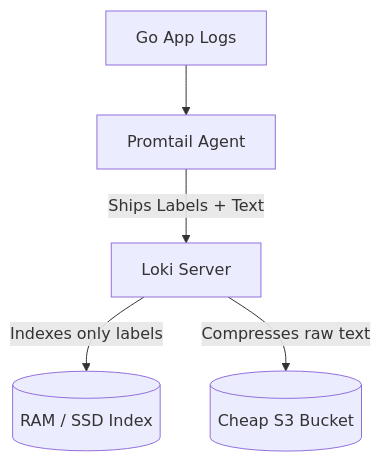
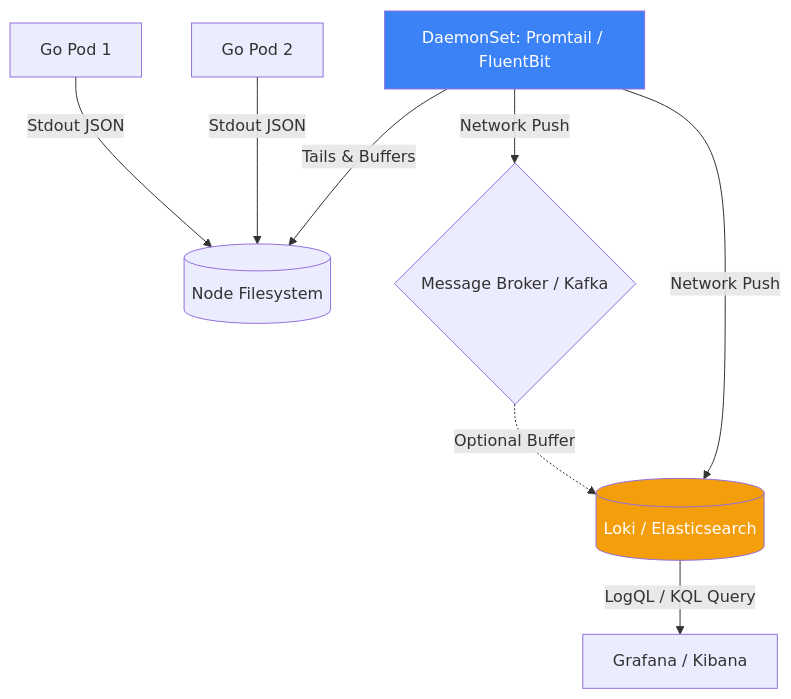
Before and after one commit to Suryavamsi53/goverseforgophers: the diagram in content/lessons/observability/007-log-analysis-pipeline.md, drawn with Mermaid. The commit also changed other lines of this file and 218 other files, not shown here.

Commit message:
feat(curriculum): complete full 108-lesson standardisation with FAANG architectural templates

````diff
--- a/content/lessons/observability/007-log-analysis-pipeline.md
+++ b/content/lessons/observability/007-log-analysis-pipeline.md
@@ -29,8 +18,17 @@
 ```mermaid
 graph TD
-    A[Go App Logs] --> B[Promtail Agent]
-    B -->|Ships Labels + Text| C[Loki Server]
+    A[Go Pod 1] -->|Stdout JSON| B[(Node Filesystem)]
+    C[Go Pod 2] -->|Stdout JSON| B
     
-    C -->|Indexes only labels| D[(RAM / SSD Index)]
-    C -->|Compresses raw text| E[(Cheap S3 Bucket)]
+    D[DaemonSet: Promtail / FluentBit] -->|Tails & Buffers| B
+    
+    D -->|Network Push| E{Message Broker / Kafka}
+    E -.->|Optional Buffer| F
+    
+    D -->|Network Push| F[(Loki / Elasticsearch)]
+    
+    F -->|LogQL / KQL Query| G[Grafana / Kibana]
+    
+    style D fill:#3b82f6,color:#fff
+    style F fill:#f59e0b,color:#fff
 ```
````
